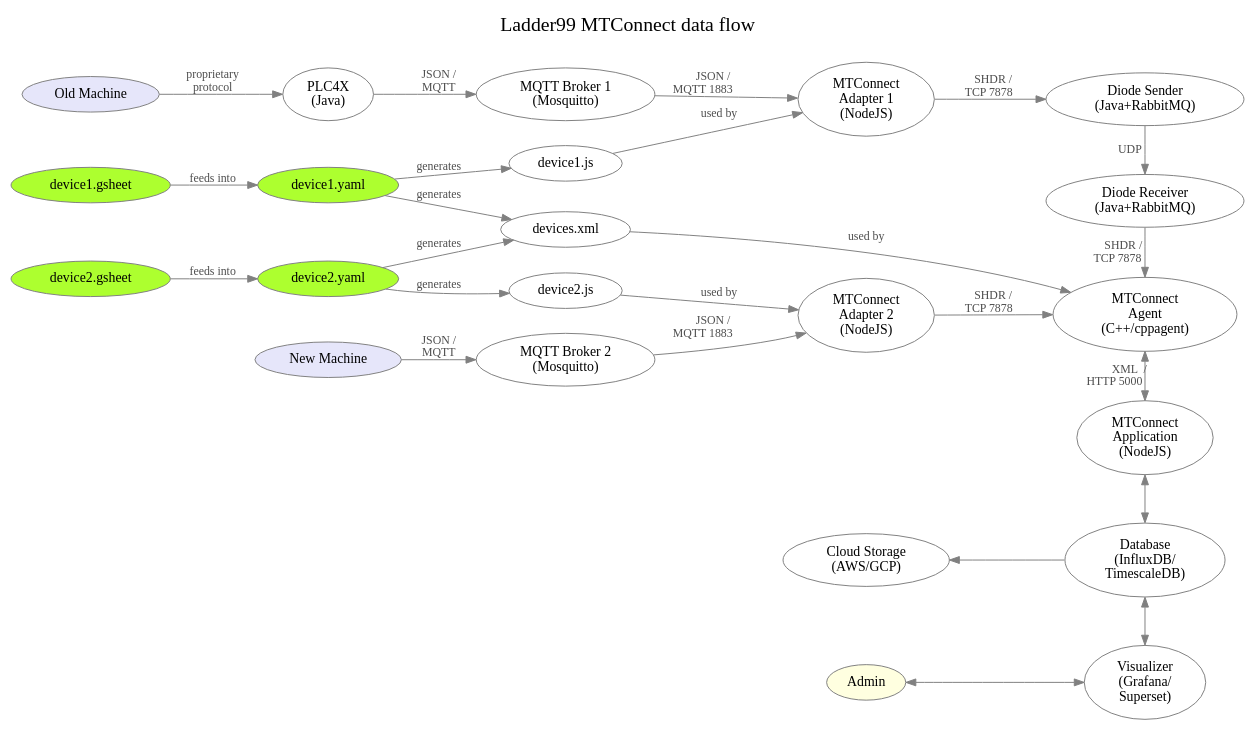
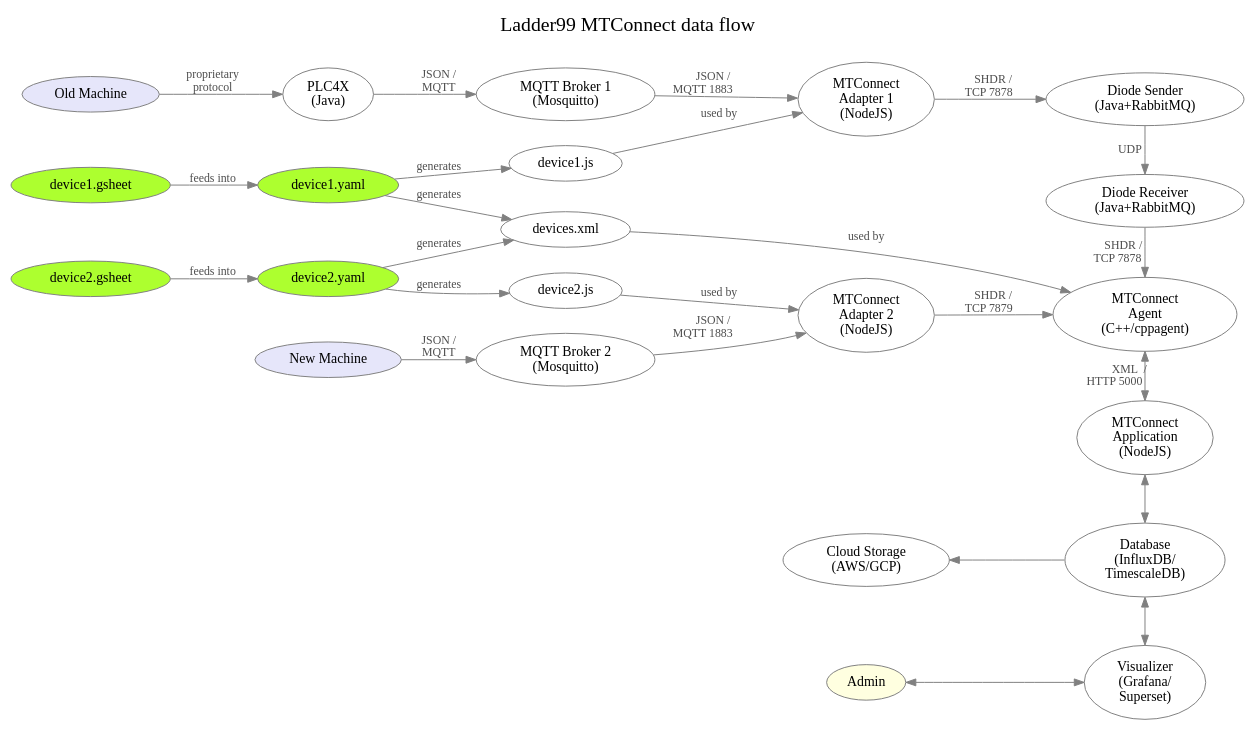
Before and after one commit to Ladder99/ladder99: the diagram in docs/architecture.dot, drawn with Graphviz. The commit also changed 1 other file, not shown here.

```diff
--- a/docs/architecture.dot
+++ b/docs/architecture.dot
@@ -1,77 +1,77 @@
 digraph "ladder99-adapter" {
 
   // styles
   graph [ label="Ladder99 MTConnect data flow\n "; color=lightgray; ];
   graph [ fontsize=20 ];
   graph [ labelloc=t ];
   graph [ ranksep=0.2 ];
   graph [ nodesep=0.35 ];
   graph [ rankdir=LR; ] // left-to-right
   node [ color=gray; fillcolor=white; style=filled ];
   edge [ color=gray ];
   edge [ fontsize=12; fontcolor=gray30; ];
 
   // nodes
   OldMachine [ fillcolor=lavender; label="Old Machine" ];
   NewMachine [ fillcolor=lavender; label="New Machine" ];
   PLC4X [ label="PLC4X\n(Java)" ];
   Broker1 [ label="MQTT Broker 1\n(Mosquitto)" ];
   Broker2 [ label="MQTT Broker 2\n(Mosquitto)" ];
   Adapter1 [ label="MTConnect\nAdapter 1\n(NodeJS)" ];
   Adapter2 [ label="MTConnect\nAdapter 2\n(NodeJS)" ];
   Device1Sheet [ fillcolor=greenyellow; label="device1.gsheet" ];
   Device1Yaml [ fillcolor=greenyellow; label="device1.yaml" ];
   Device1Js [ label="device1.js" ];
   Device2Sheet [ fillcolor=greenyellow; label="device2.gsheet" ];
   Device2Yaml [ fillcolor=greenyellow; label="device2.yaml" ];
   Device2Js [ label="device2.js" ];
   DiodeSender [ label="Diode Sender\n(Java+RabbitMQ)" ];
   DiodeReceiver [ label="Diode Receiver\n(Java+RabbitMQ)" ];
   Agent [ label="MTConnect\nAgent\n(C++/cppagent)" ];
   DevicesXml [ label="devices.xml" ];
   Application [ label="MTConnect\nApplication\n(NodeJS)" ];
   Database [ label="Database\n(InfluxDB/\nTimescaleDB)" ];
   Visualizer [ label="Visualizer\n(Grafana/\nSuperset)" ];
   Cloud [ label="Cloud Storage\n(AWS/GCP)" ];
   Admin [ fillcolor=lightyellow ];
   // LOI [ label="LOI\n(SvelteJS)" ];
   // Operator [ fillcolor=lightyellow ];
 
   // edges
   OldMachine -> PLC4X [ label="proprietary\nprotocol" ];
   PLC4X -> Broker1 [ label="JSON / \nMQTT" ];
   NewMachine -> Broker2 [ label="JSON / \nMQTT" ];
   Broker1 -> Adapter1 [ label="JSON /    \nMQTT 1883           " ];
   Broker2 -> Adapter2 [ label="JSON /    \nMQTT 1883           " ];
   Adapter1 -> DiodeSender [ label="SHDR /   \nTCP 7878      " ];
-  Adapter2 -> Agent [ label="SHDR /   \nTCP 7878      " ];
+  Adapter2 -> Agent [ label="SHDR /   \nTCP 7879      " ];
   Device1Sheet -> Device1Yaml [ label="feeds into" ];
   Device1Yaml -> Device1Js [ label="generates" ];
   Device1Js -> Adapter1 [ label="used by" ];
   Device2Sheet -> Device2Yaml [ label="feeds into" ];
   Device2Yaml -> Device2Js [ label="generates" ];
   Device2Js -> Adapter2 [ label="used by" ];
   Device1Yaml -> DevicesXml [ label="generates" ];
   Device2Yaml -> DevicesXml [ label="generates" ];
   DiodeSender -> DiodeReceiver [ label="UDP    " ];
   DiodeReceiver -> Agent [ label="SHDR /    \nTCP 7878        " ];
   // Adapter -> Agent [ label="SHDR/\nTCP 7878" ];
   Agent -> Application [ dir=both; label="XML  /\nHTTP 5000          " ];
   DevicesXml -> Agent [ label="used by" ];
   Application -> Database [ dir=both ];
   Database -> Visualizer [ dir=both ];
   Database -> Cloud;
   Visualizer -> Admin [ dir=both ];
   // Application -> LOI;
   // LOI -> Operator;
 
   // rank
   // { rank=same; OldMachine NewMachine };
   // { rank=same; Broker1 Broker2 Device1Yaml };
   // { rank=same; Device1Yaml DevicesXml };
   // { rank=same; PLC4X Broker Adapter DiodeSender DiodeReceiver Agent Application Database Visualizer };
   // { rank=same; Adapter1 Adapter2 DevicesXml };
   // { rank=same; DiodeSender DiodeReceiver Agent Application Database Visualizer };
   { rank=same; DiodeSender DiodeReceiver Agent Application Database Visualizer };
   { rank=same; Adapter1 Adapter2 Cloud Admin };
 }
```
